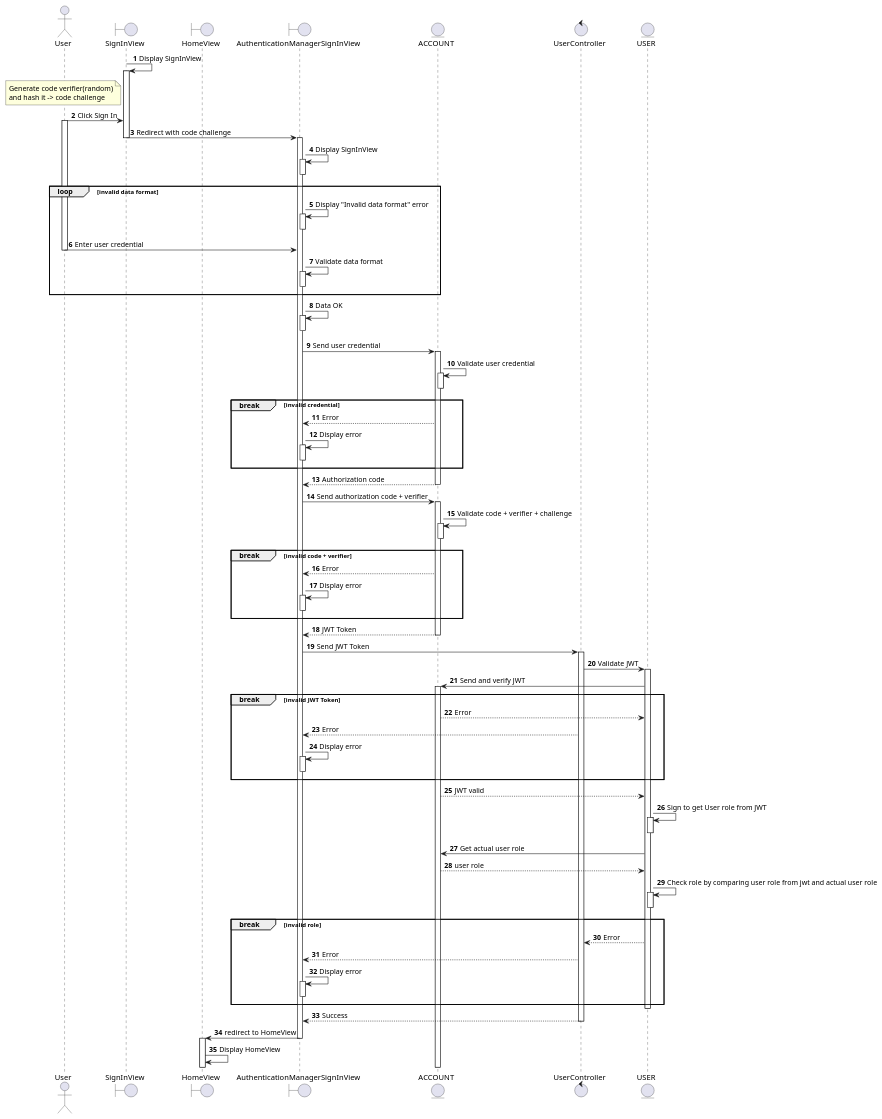
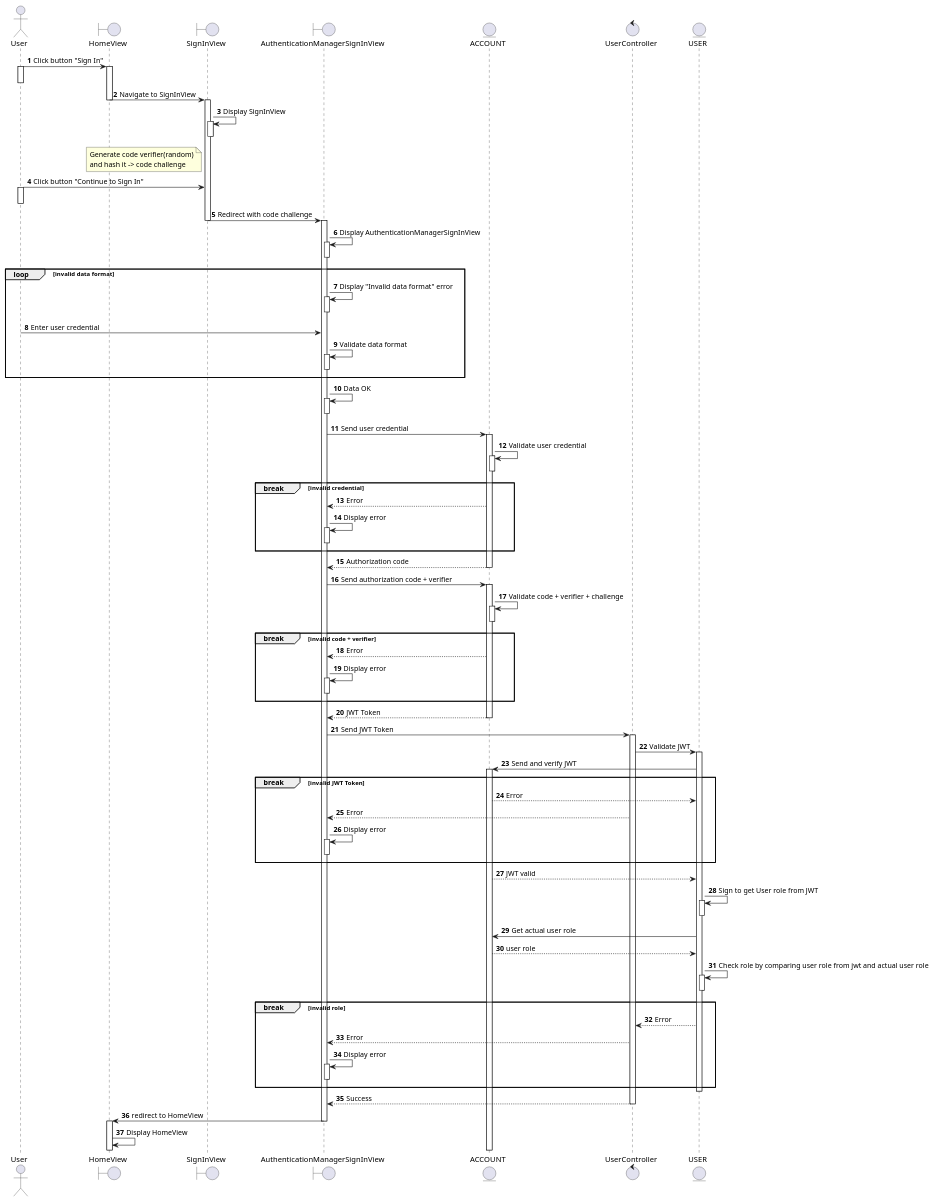
The diagram in docs/software-docs/sequence/manage-account/sign-in.md (electricilies/electricilies.github.io), drawn with PlantUML before and after one commit. The commit also changed 16 other files, not shown here.

Commit message:
refactor: sequence diagrams start from user side, and some minor

```diff
--- a/docs/software-docs/sequence/manage-account/sign-in.md
+++ b/docs/software-docs/sequence/manage-account/sign-in.md
@@ -5,23 +5,32 @@
 autonumber
 
 actor User as U
+boundary HomeView as HV
 boundary SignInView as SIV
-boundary HomeView as HV
 boundary AuthenticationManagerSignInView as AMSIV
 entity ACCOUNT as A
 control UserController as UC
 entity USER as US
 
+U -> HV: Click button "Sign In"
+activate U
+activate HV
+deactivate U
+HV -> SIV: Navigate to SignInView
+deactivate HV
+activate SIV
 SIV -> SIV: Display SignInView
 activate SIV
+deactivate SIV
 note left of SIV: Generate code verifier(random)\nand hash it -> code challenge
-U -> SIV: Click Sign In
+U -> SIV: Click button "Continue to Sign In"
 activate U
+deactivate U
 SIV -> AMSIV: Redirect with code challenge
 deactivate SIV
 activate AMSIV
 
-AMSIV -> AMSIV: Display SignInView
+AMSIV -> AMSIV: Display AuthenticationManagerSignInView
 activate AMSIV
 deactivate AMSIV
 
```
